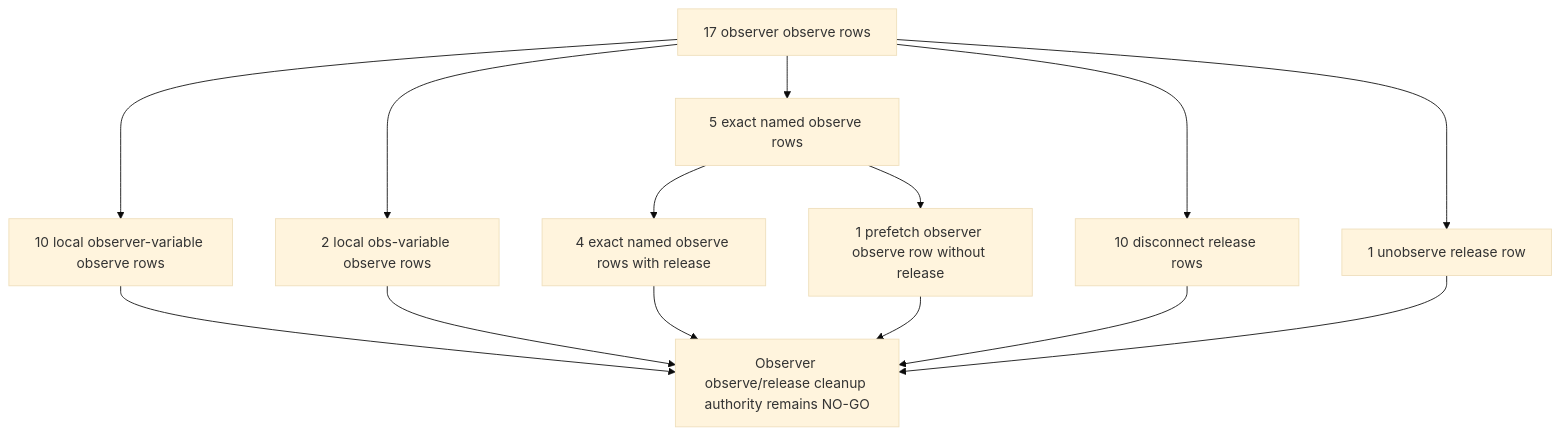
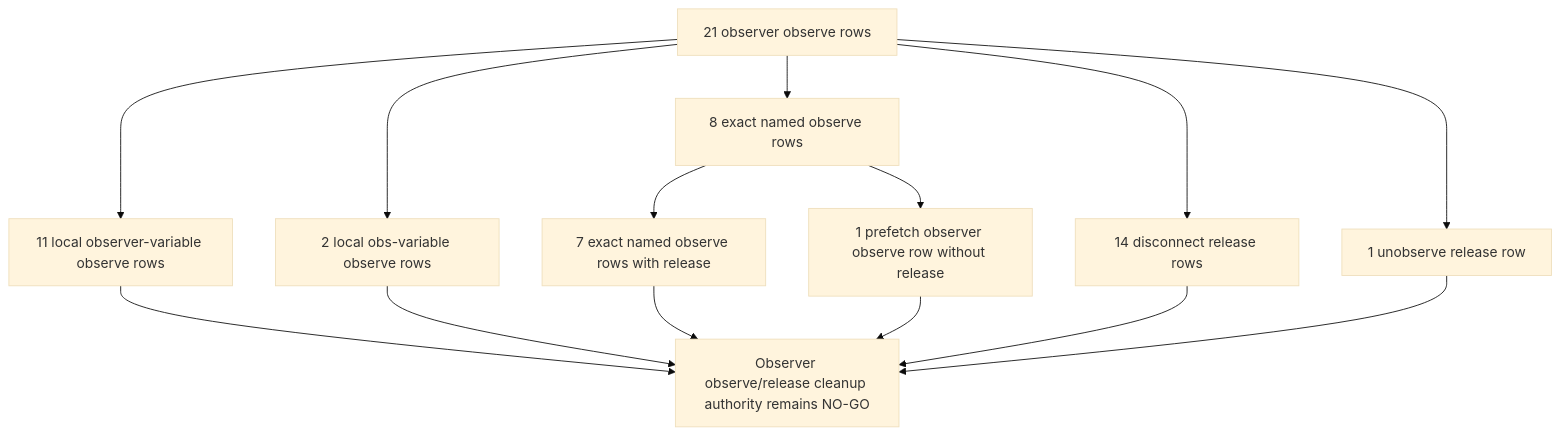
Before and after one commit to varshneydevansh/FilterTube: diagram 14 of 47 in docs/audit/FILTERTUBE_LIFECYCLE_INSTANCE_REGISTER_2026-05-18.md, drawn with Mermaid (base theme). The commit also changed other lines of this file and 8 other files, not shown here.

````diff
--- a/docs/audit/FILTERTUBE_LIFECYCLE_INSTANCE_REGISTER_2026-05-18.md
+++ b/docs/audit/FILTERTUBE_LIFECYCLE_INSTANCE_REGISTER_2026-05-18.md
@@ -1246,16 +1266,16 @@
 ```mermaid
 flowchart TD
-  A["17 observer observe rows"] --> B["10 local observer-variable observe rows"]
+  A["21 observer observe rows"] --> B["11 local observer-variable observe rows"]
   A --> C["2 local obs-variable observe rows"]
-  A --> D["5 exact named observe rows"]
-  D --> E["4 exact named observe rows with release"]
+  A --> D["8 exact named observe rows"]
+  D --> E["7 exact named observe rows with release"]
   D --> F["1 prefetch observer observe row without release"]
-  A --> G["10 disconnect release rows"]
+  A --> G["14 disconnect release rows"]
   A --> H["1 unobserve release row"]
   B --> I["Observer observe/release cleanup authority remains NO-GO"]
   C --> I
   E --> I
   F --> I
   G --> I
   H --> I
 ```
````
